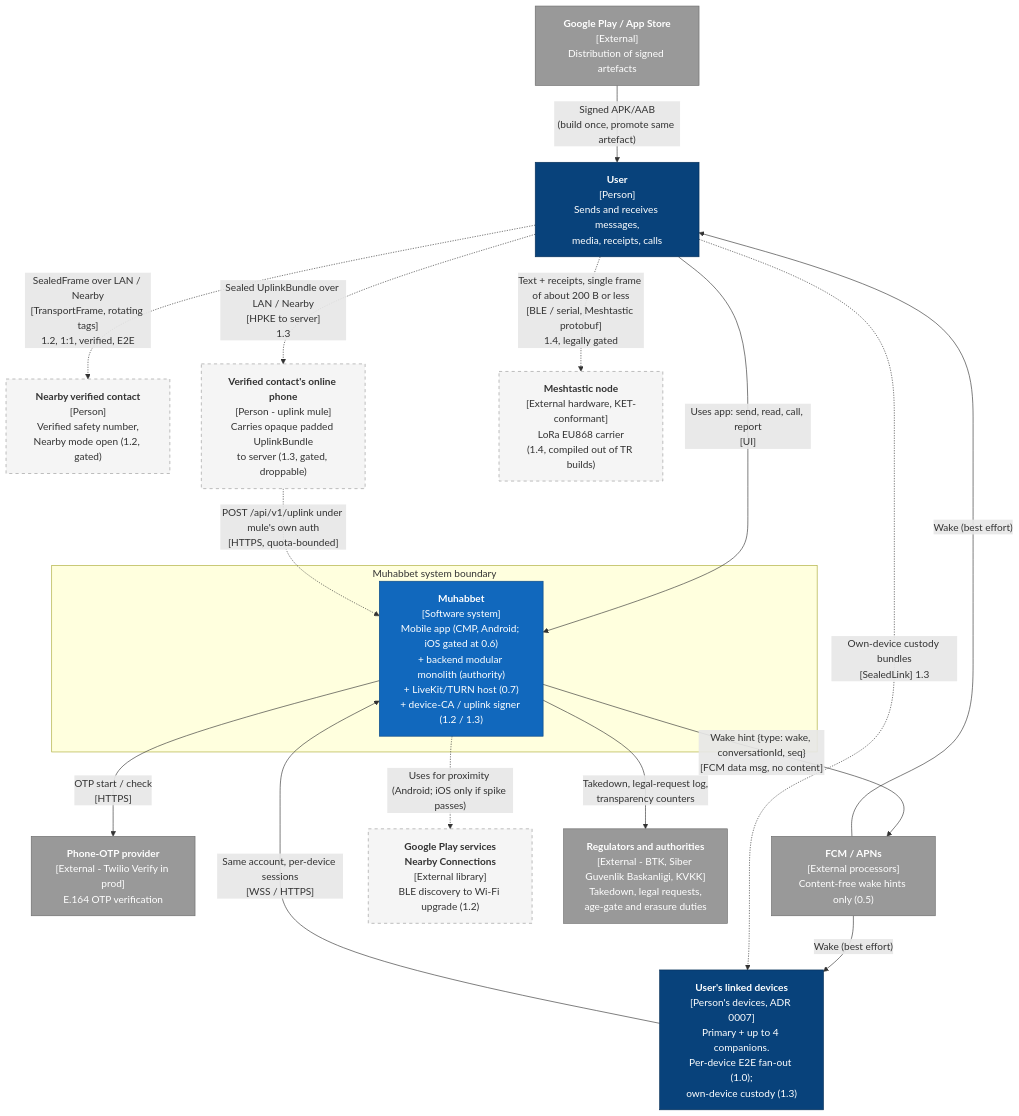
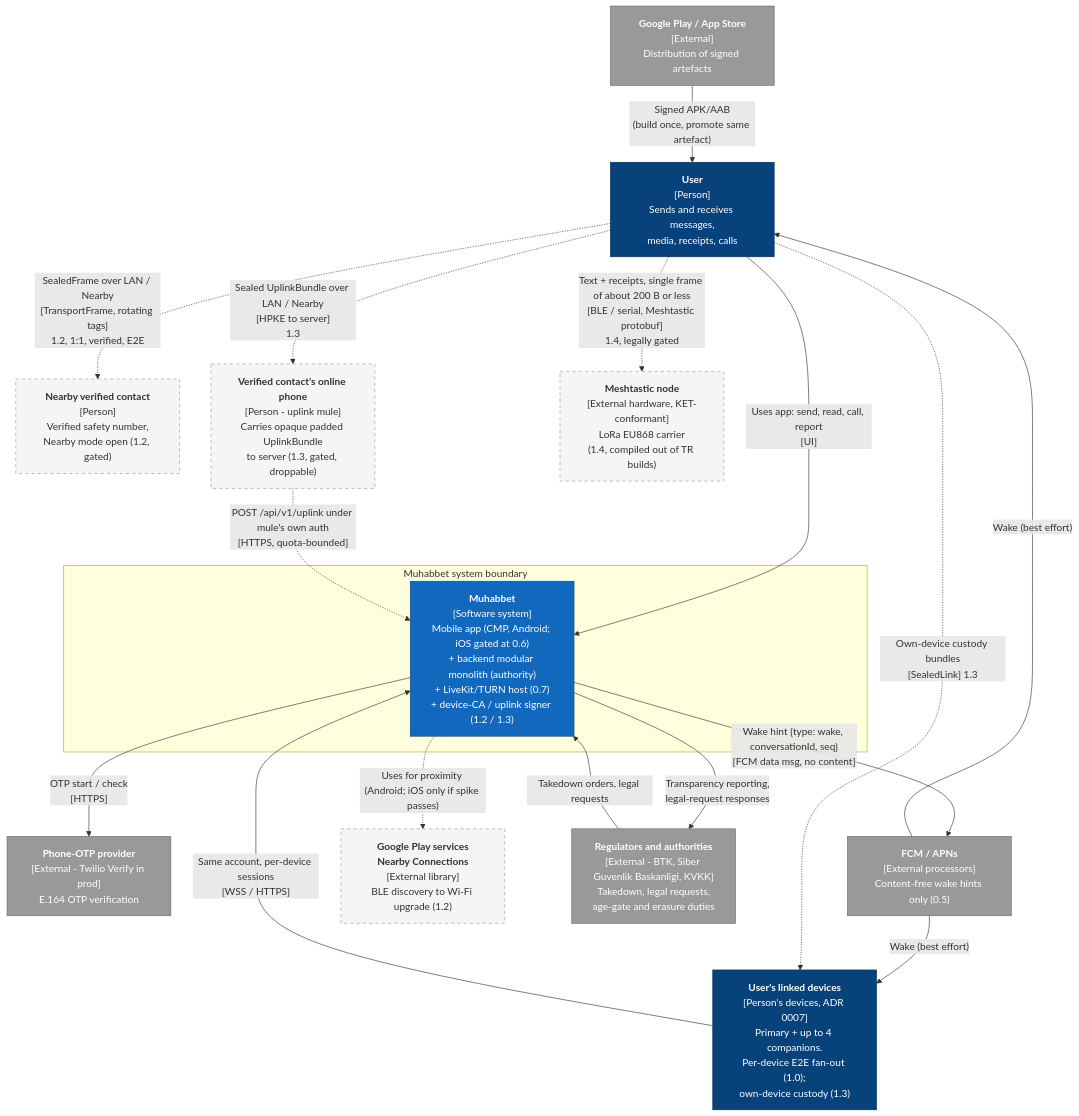
Before and after one commit to ahmetabdullahgultekin/Muhabbet: the diagram in docs/diagrams/c4-context.mmd, drawn with Mermaid. The commit also changed 58 other files, not shown here.

```diff
--- a/docs/diagrams/c4-context.mmd
+++ b/docs/diagrams/c4-context.mmd
@@ -1,47 +1,48 @@
 %% C4 Level 1 - System context. Muhabbet multi-transport delivery.
 %% ADRs: ADR-0010 (hybrid backbone), ADR-0019 (wake-only push), ADR-0023 (ICE/TURN), ADR-0024 (proximity),
 %%       ADR-0025 (custody), ADR-0026 (Meshtastic, TR-excluded), ADR-0029 (compliance boundary).
 %% Status: Proposed - pending owner approval in docs/architecture/multi-transport/APPROVAL.md. No code before approval.
 %% Source of truth: docs/architecture/multi-transport/decision-brief-2026-11-12.md section 1, 4.1; SAD section 3.
 %% Evidence: BE-15 (content in push), PROX-02/06, LEG-03/04, RF-07, NAT-1, C2, C3.
 %% Notation: C4 drawn as flowchart (C4 Mermaid syntax not used for reliability).
 %%   solid arrow  = exists today or scheduled 0.4-1.0
 %%   dashed arrow = gated post-1.0 path (1.1 Direct, 1.2 Nearby, 1.3 Relay, 1.4 Off-grid); droppable
 %%   Every non-server arrow between people/devices carries only E2E ciphertext (SealedFrame, ADR-0016).
 flowchart TB
     classDef person fill:#08427b,stroke:#052e56,color:#ffffff
     classDef system fill:#1168bd,stroke:#0b4884,color:#ffffff
     classDef external fill:#999999,stroke:#6b6b6b,color:#ffffff
     classDef gated fill:#f5f5f5,stroke:#999999,color:#333333,stroke-dasharray:5 5
 
     user["<b>User</b><br/>[Person]<br/>Sends and receives messages,<br/>media, receipts, calls"]:::person
     companion["<b>User's linked devices</b><br/>[Person's devices, ADR 0007]<br/>Primary + up to 4 companions.<br/>Per-device E2E fan-out (1.0);<br/>own-device custody (1.3)"]:::person
     nearbyContact["<b>Nearby verified contact</b><br/>[Person]<br/>Verified safety number,<br/>Nearby mode open (1.2, gated)"]:::gated
     mule["<b>Verified contact's online phone</b><br/>[Person - uplink mule]<br/>Carries opaque padded UplinkBundle<br/>to server (1.3, gated, droppable)"]:::gated
 
     subgraph boundary["Muhabbet system boundary"]
         muhabbet["<b>Muhabbet</b><br/>[Software system]<br/>Mobile app (CMP, Android; iOS gated at 0.6)<br/>+ backend modular monolith (authority)<br/>+ LiveKit/TURN host (0.7)<br/>+ device-CA / uplink signer (1.2 / 1.3)"]:::system
     end
 
     otp["<b>Phone-OTP provider</b><br/>[External - Twilio Verify in prod]<br/>E.164 OTP verification"]:::external
     push["<b>FCM / APNs</b><br/>[External processors]<br/>Content-free wake hints only (0.5)"]:::external
     stores["<b>Google Play / App Store</b><br/>[External]<br/>Distribution of signed artefacts"]:::external
     nearbySvc["<b>Google Play services<br/>Nearby Connections</b><br/>[External library]<br/>BLE discovery to Wi-Fi upgrade (1.2)"]:::gated
     meshNode["<b>Meshtastic node</b><br/>[External hardware, KET-conformant]<br/>LoRa EU868 carrier<br/>(1.4, compiled out of TR builds)"]:::gated
     authority["<b>Regulators and authorities</b><br/>[External - BTK, Siber Guvenlik Baskanligi, KVKK]<br/>Takedown, legal requests,<br/>age-gate and erasure duties"]:::external
 
     user -- "Uses app: send, read, call, report<br/>[UI]" --> muhabbet
     companion -- "Same account, per-device sessions<br/>[WSS / HTTPS]" --> muhabbet
     muhabbet -- "OTP start / check<br/>[HTTPS]" --> otp
     muhabbet -- "Wake hint {type: wake, conversationId, seq}<br/>[FCM data msg, no content]" --> push
     push -- "Wake (best effort)" --> companion
     push -- "Wake (best effort)" --> user
     stores -- "Signed APK/AAB<br/>(build once, promote same artefact)" --> user
-    muhabbet -- "Takedown, legal-request log,<br/>transparency counters" --> authority
+    authority -- "Takedown orders, legal requests" --> muhabbet
+    muhabbet -- "Transparency reporting,<br/>legal-request responses" --> authority
 
     user -. "SealedFrame over LAN / Nearby<br/>[TransportFrame, rotating tags]<br/>1.2, 1:1, verified, E2E" .-> nearbyContact
     user -. "Sealed UplinkBundle over LAN / Nearby<br/>[HPKE to server]<br/>1.3" .-> mule
     mule -. "POST /api/v1/uplink under mule's own auth<br/>[HTTPS, quota-bounded]" .-> muhabbet
     user -. "Own-device custody bundles<br/>[SealedLink] 1.3" .-> companion
     muhabbet -. "Uses for proximity (Android; iOS only if spike passes)" .-> nearbySvc
     user -. "Text + receipts, single frame of about 200 B or less<br/>[BLE / serial, Meshtastic protobuf]<br/>1.4, legally gated" .-> meshNode
```
